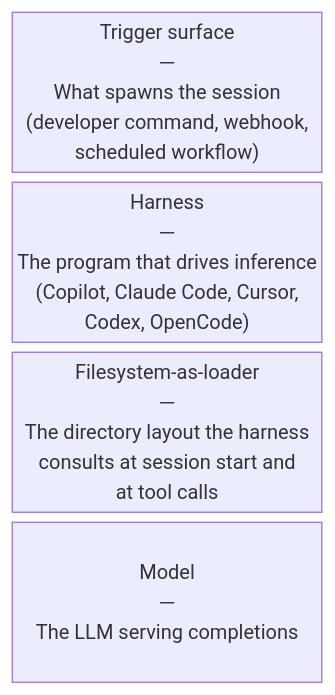
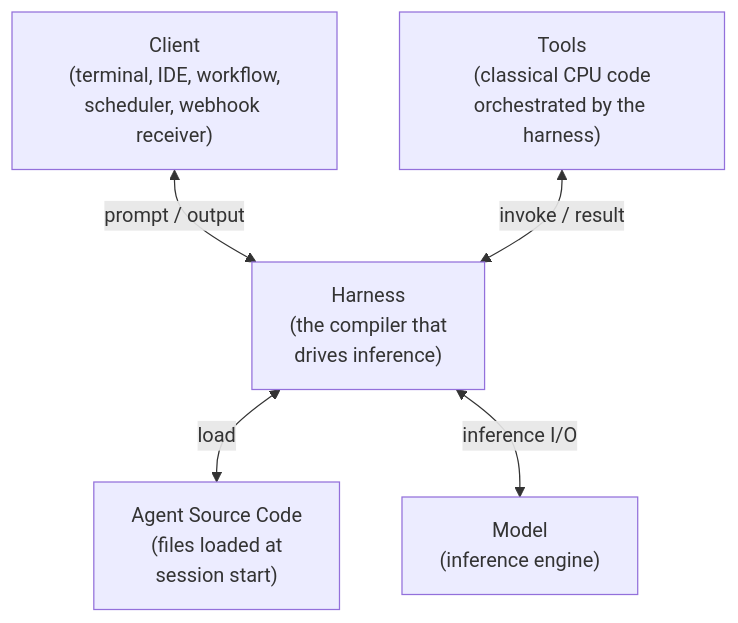
The first of 2 diagrams in handbook/ch09-the-runtime-machine.qmd (danielmeppiel/agentic-sdlc-handbook), drawn with Mermaid before and after one commit. The commit also changed other lines of this file and 12 other files, not shown here.

First line of the commit message:
feat: v0.10.0 author feedback — Client + agent source code rename, runtime machine re-arch (PR #3)

````diff
--- a/handbook/ch09-the-runtime-machine.qmd
+++ b/handbook/ch09-the-runtime-machine.qmd
@@ -32,12 +32,17 @@
 ```{mermaid}
-%%| fig-width: 5.0
+%%| fig-width: 5.5
 %%| label: fig-runtime-machine
-%%| fig-cap: "The four parts of the agentic runtime machine"
-%%| fig-alt: "A vertical stack of four labelled blocks, drawn as a layered diagram. From top to bottom: Trigger surface (what spawns a session — a developer command, a webhook, a scheduled workflow); Harness (the program that drives inference — Copilot, Claude Code, Cursor, Codex, OpenCode); Filesystem-as-loader (the directory layout the harness consults — instructions, skills, agents, memory files); Model (the inference engine — the LLM serving completions). An arrow on the right labelled Session start runs from top to bottom; an arrow on the left labelled Each tool call runs from bottom to top, indicating that the harness mediates every round trip between filesystem and model."
-block-beta
-    columns 1
-    Trigger["Trigger surface<br/>─<br/>What spawns the session<br/>(developer command, webhook,<br/>scheduled workflow)"]
-    Harness["Harness<br/>─<br/>The program that drives inference<br/>(Copilot, Claude Code, Cursor,<br/>Codex, OpenCode)"]
-    FS["Filesystem-as-loader<br/>─<br/>The directory layout the harness<br/>consults at session start and<br/>at tool calls"]
-    Model["Model<br/>─<br/>The LLM serving completions"]
+%%| fig-cap: "The four parts of the agentic-system runtime machine"
+%%| fig-alt: "A diagram with Client above, Harness in the middle (the compiler that drives inference), Tools on the left, Agent Source Code on the right, and Model below. Bidirectional arrows show prompt and output flowing between Client and Harness, tool invocations between Harness and Tools, file loading between Harness and Agent Source Code, and inference requests and responses between Harness and Model."
+flowchart TB
+    Client["Client<br/>(terminal, IDE, workflow,<br/>scheduler, webhook receiver)"]
+    Tools["Tools<br/>(classical CPU code<br/>orchestrated by the harness)"]
+    Harness["Harness<br/>(the compiler that<br/>drives inference)"]
+    Source["Agent Source Code<br/>(files loaded at<br/>session start)"]
+    Model["Model<br/>(inference engine)"]
+
+    Client <-->|"prompt / output"| Harness
+    Tools <-->|"invoke / result"| Harness
+    Harness <-->|"load"| Source
+    Harness <-->|"inference I/O"| Model
 ```
````
